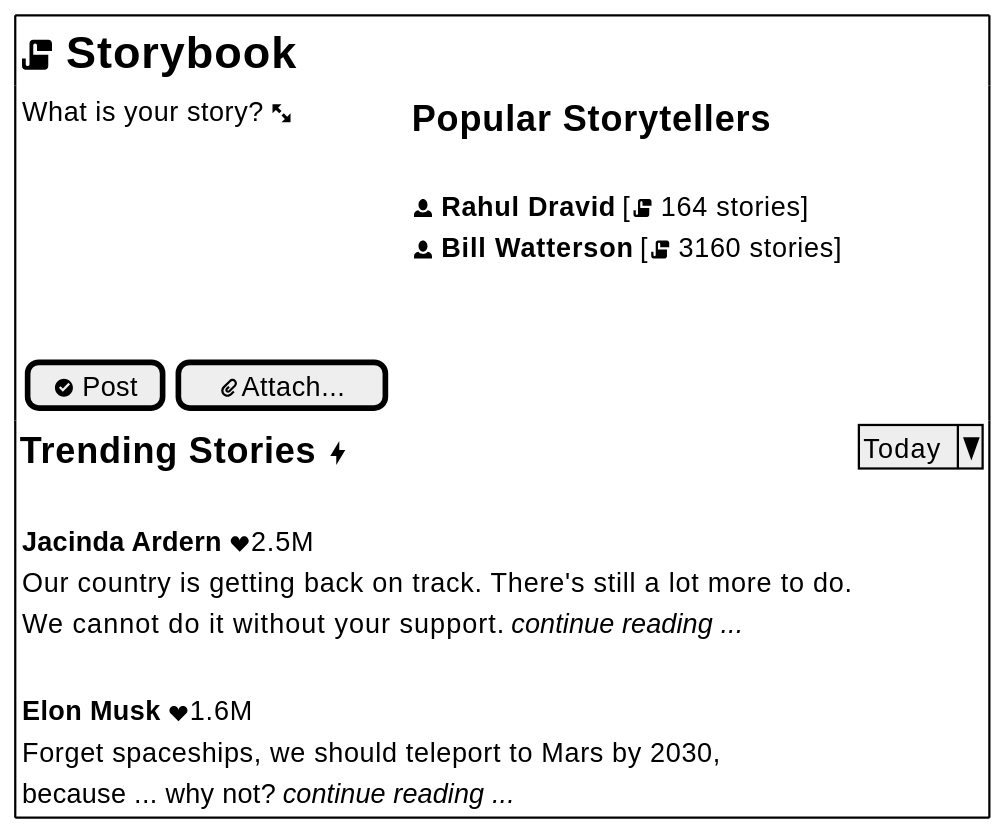
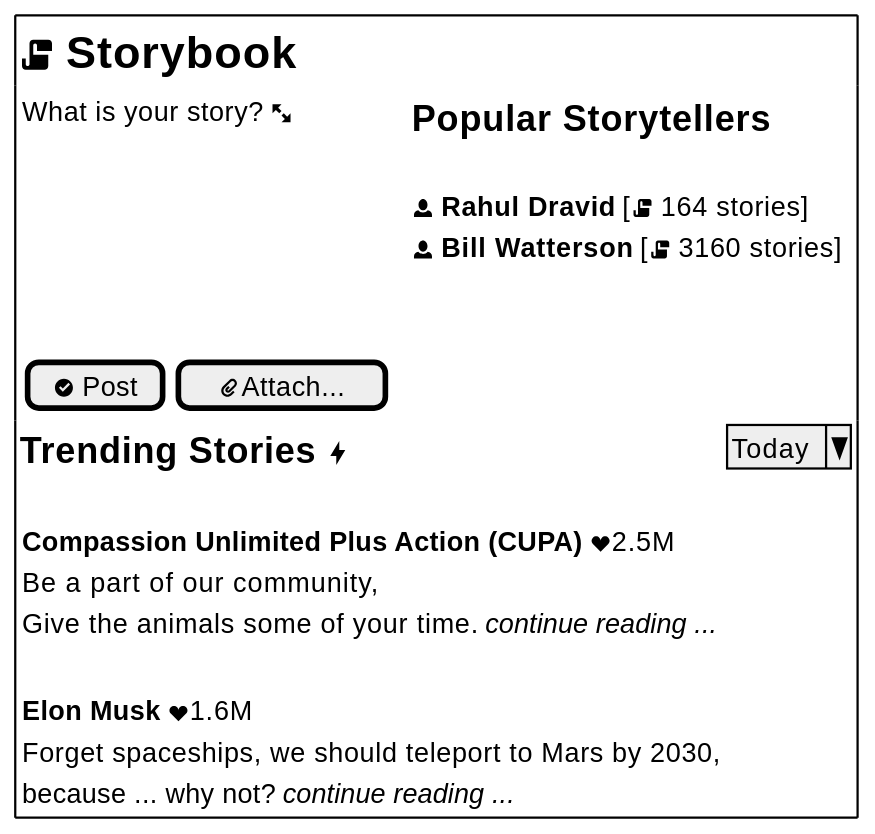
One commit to dragondive/heavens-arena changed diagram 21 of 35 in plantuml_demo.md. Above: the diagram before and after it, drawn with PlantUML. The commit also changed other lines of this file and 1 other file, not shown here.

````diff
--- a/plantuml_demo.md
+++ b/plantuml_demo.md
@@ -1025,46 +1029,46 @@
 ```plantuml
 @startsalt
 scale 1.5
 skinparam padding 10
 
 {+
     {
         <size:20>**<&script> Storybook**</size>
     }
     {
         {
             What is your story? <&fullscreen-enter>
             .
             .
             .
         } | . |
         {
             <size:16>**Popular Storytellers**</size>
             .
             <&person> **Rahul Dravid** [<&script> 164 stories]
             <&person> **Bill Watterson** [<&script> 3160 stories]
             .
             .
         }
         {
             [<&circle-check> Post] | [<&paperclip>Attach...]
         }
     }
     {
         <size:16>**Trending Stories <&bolt>**</size> | ^Today^
         .
         {
-            **Jacinda Ardern** <&heart>2.5M
-            Our country is getting back on track. There's still a lot more to do.
-            We cannot do it without your support. <i>continue reading ...</i>
+            **Compassion Unlimited Plus Action (CUPA)** <&heart>2.5M
+            Be a part of our community,
+            Give the animals some of your time. <i>continue reading ...</i>
         }
         {
             .
             **Elon Musk** <&heart>1.6M
             Forget spaceships, we should teleport to Mars by 2030,
             because ... why not? <i>continue reading ...</i>
         }
     }
 }
 @endsalt
 ```
````
